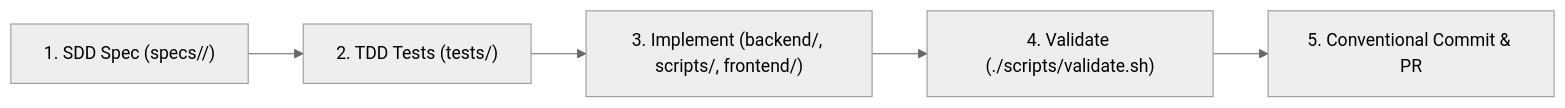
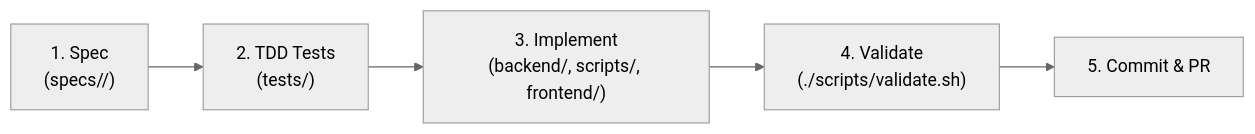
Before and after one commit to GiovaniRodrigo/bend-devops: the diagram in CONTRIBUTING.md, drawn with Mermaid (neutral theme). The commit also changed other lines of this file and 17 other files, not shown here.

````diff
--- a/CONTRIBUTING.md
+++ b/CONTRIBUTING.md
@@ -9,7 +9,7 @@
 ```mermaid
 flowchart LR
-    S1["1. SDD Spec (specs/<demanda>/)"] --> S2["2. TDD Tests (tests/)"]
-    S2 --> S3["3. Implement (backend/, scripts/, frontend/)"]
-    S3 --> S4["4. Validate (./scripts/validate.sh)"]
-    S4 --> S5["5. Conventional Commit & PR"]
+    S1["1. Spec\n(specs/<demanda>/)"] --> S2["2. TDD Tests\n(tests/)"]
+    S2 --> S3["3. Implement\n(backend/, scripts/, frontend/)"]
+    S3 --> S4["4. Validate\n(./scripts/validate.sh)"]
+    S4 --> S5["5. Commit & PR"]
 ```
````
